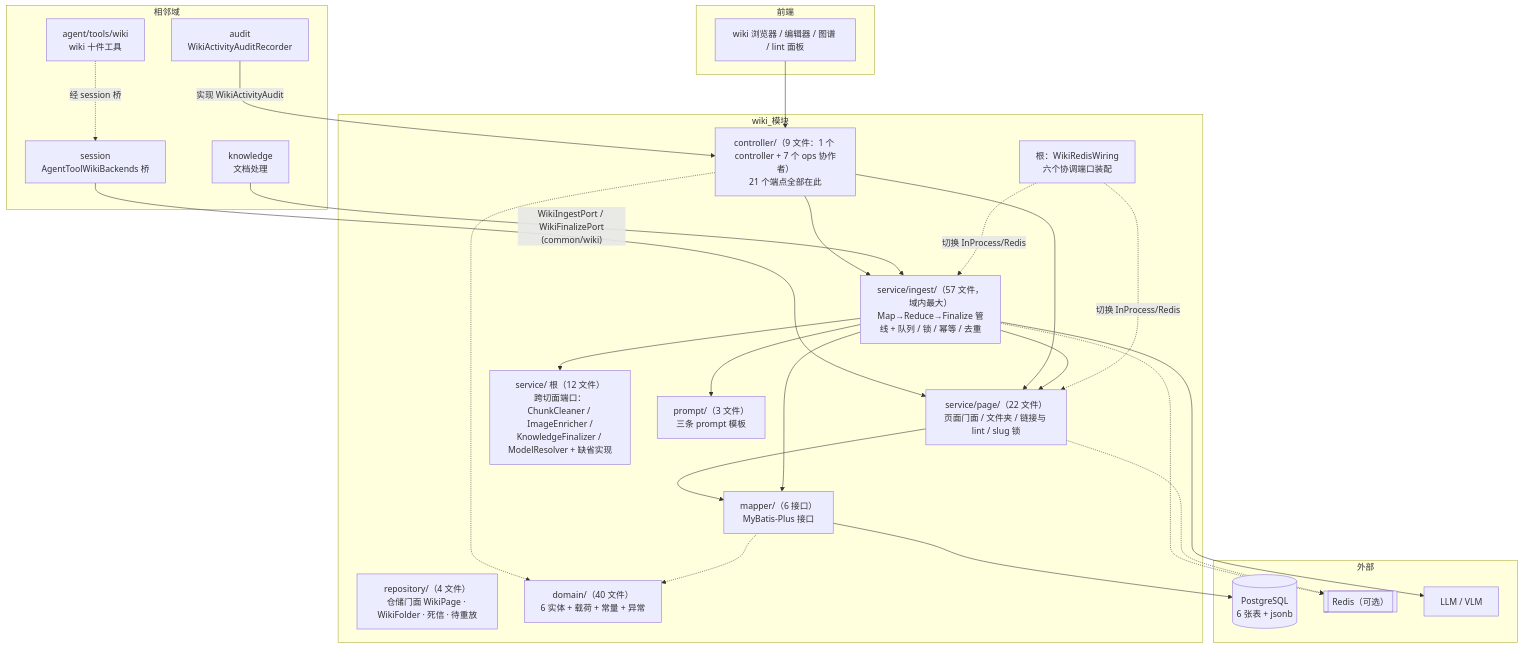
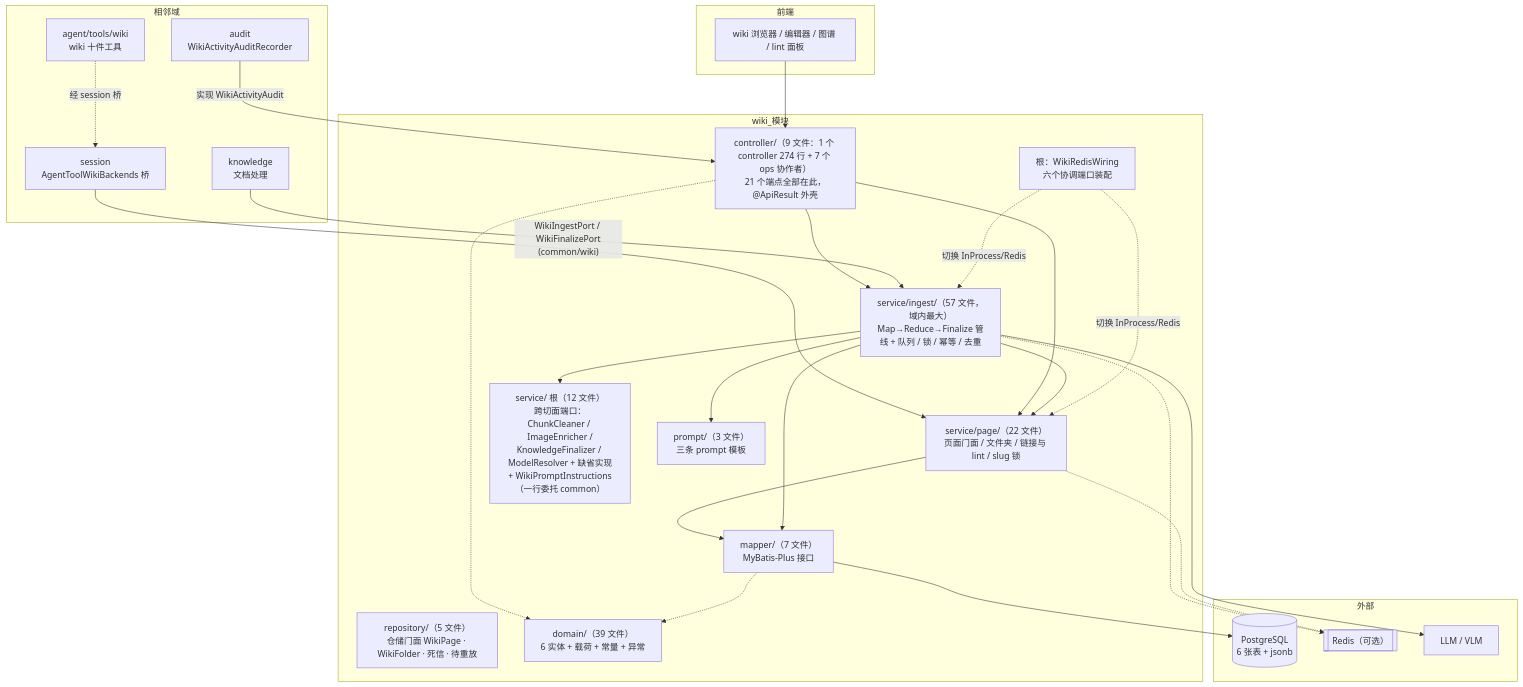
One commit to pmbilly/ragagent changed the first of 6 diagrams in docs/wiki-module-guide.md. Above: the diagram before and after it, drawn with Mermaid. The commit also changed other lines of this file and 36 other files, not shown here.

````diff
--- a/docs/wiki-module-guide.md
+++ b/docs/wiki-module-guide.md
@@ -31,47 +31,47 @@
 ```mermaid
 graph TB
     subgraph 前端
         FE["wiki 浏览器 / 编辑器 / 图谱 / lint 面板"]
     end
 
     subgraph wiki_模块
-        CTRL["controller/（9 文件：1 个 controller + 7 个 ops 协作者）<br/>21 个端点全部在此"]
+        CTRL["controller/（9 文件：1 个 controller 274 行 + 7 个 ops 协作者）<br/>21 个端点全部在此，@ApiResult 外壳"]
         PAGE["service/page/（22 文件）<br/>页面门面 / 文件夹 / 链接与 lint / slug 锁"]
         ING["service/ingest/（57 文件，域内最大）<br/>Map→Reduce→Finalize 管线 + 队列 / 锁 / 幂等 / 去重"]
-        PORT["service/ 根（12 文件）<br/>跨切面端口：ChunkCleaner / ImageEnricher /<br/>KnowledgeFinalizer / ModelResolver + 缺省实现"]
+        PORT["service/ 根（12 文件）<br/>跨切面端口：ChunkCleaner / ImageEnricher /<br/>KnowledgeFinalizer / ModelResolver + 缺省实现<br/>+ WikiPromptInstructions（一行委托 common）"]
         PRM["prompt/（3 文件）<br/>三条 prompt 模板"]
-        REPO["mapper/（6 接口）<br/>MyBatis-Plus 接口"]
-        RPO2["repository/（4 文件）<br/>仓储门面 WikiPage · WikiFolder · 死信 · 待重放"]
-        DOM["domain/（40 文件）<br/>6 实体 + 载荷 + 常量 + 异常"]
+        REPO["mapper/（7 文件）<br/>MyBatis-Plus 接口"]
+        RPO2["repository/（5 文件）<br/>仓储门面 WikiPage · WikiFolder · 死信 · 待重放"]
+        DOM["domain/（39 文件）<br/>6 实体 + 载荷 + 常量 + 异常"]
         WIRE["根：WikiRedisWiring<br/>六个协调端口装配"]
     end
 
     subgraph 相邻域
         KB["knowledge<br/>文档处理"]
         AGT["agent/tools/wiki<br/>wiki 十件工具"]
         SES["session<br/>AgentToolWikiBackends 桥"]
         AUD["audit<br/>WikiActivityAuditRecorder"]
     end
 
     subgraph 外部
         PG[("PostgreSQL<br/>6 张表 + jsonb")]
         REDIS[["Redis（可选）"]]
         LLM["LLM / VLM"]
     end
 
     FE --> CTRL
     SES --> PAGE
     CTRL --> PAGE & ING
     ING --> PORT & PRM & PAGE
     PAGE --> REPO
     ING --> REPO
     REPO --> PG
     KB -- "WikiIngestPort / WikiFinalizePort<br/>(common/wiki)" --> ING
     AGT -. 经 session 桥 .-> SES
     AUD -- 实现 WikiActivityAudit --> CTRL
     ING --> LLM
     WIRE -. 切换 InProcess/Redis .-> ING & PAGE
     ING & PAGE -.-> REDIS
     CTRL -.-> DOM
     REPO -.-> DOM
 ```
````
